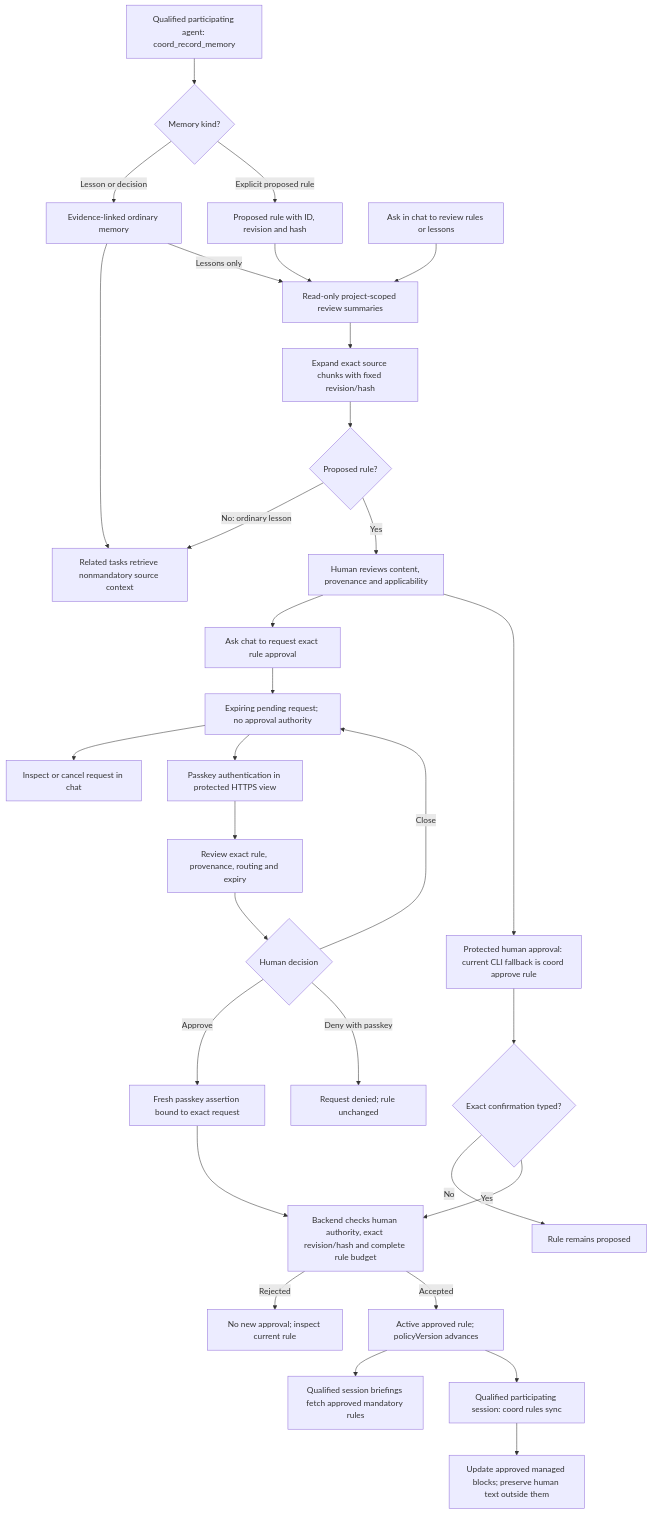
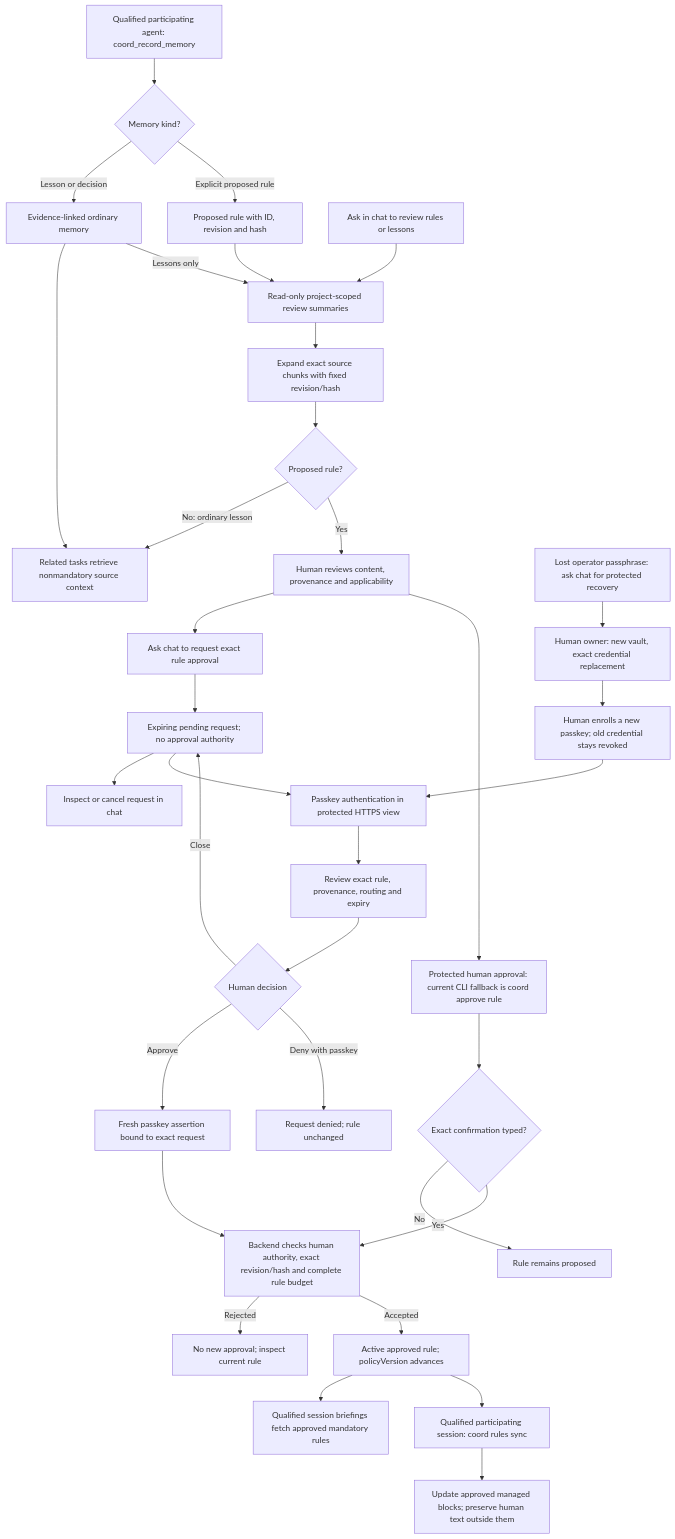
The diagram in README.md (johntimothybailey/coord), drawn with Mermaid before and after one commit. The commit also changed other lines of this file and 11 other files, not shown here.

First line of the commit message:
Restore lost operator access without resetting project authority

````diff
--- a/README.md
+++ b/README.md
@@ -39,33 +39,36 @@
 ```mermaid
 flowchart TD
     A["Qualified participating agent: coord_record_memory"] --> K{"Memory kind?"}
     K -->|Lesson or decision| L["Evidence-linked ordinary memory"]
     L --> C["Related tasks retrieve nonmandatory source context"]
     K -->|Explicit proposed rule| P["Proposed rule with ID, revision and hash"]
     Q["Ask in chat to review rules or lessons"] --> V["Read-only project-scoped review summaries"]
     P --> V
     L -->|Lessons only| V
     V --> X["Expand exact source chunks with fixed revision/hash"]
     X --> J{"Proposed rule?"}
     J -->|No: ordinary lesson| C
     J -->|Yes| H["Human reviews content, provenance and applicability"]
     H --> AR["Ask chat to request exact rule approval"]
     AR --> RQ["Expiring pending request; no approval authority"]
     RQ --> SC["Inspect or cancel request in chat"]
     RQ --> AA["Passkey authentication in protected HTTPS view"]
+    O["Lost operator passphrase: ask chat for protected recovery"] --> OO["Human owner: new vault, exact credential replacement"]
+    OO --> EN["Human enrolls a new passkey; old credential stays revoked"]
+    EN --> AA
     AA --> RV["Review exact rule, provenance, routing and expiry"]
     RV --> HD{"Human decision"}
     HD -->|Approve| PV["Fresh passkey assertion bound to exact request"]
     PV --> B
     HD -->|Deny with passkey| DN["Request denied; rule unchanged"]
     HD -->|Close| RQ
     H --> T["Protected human approval: current CLI fallback is coord approve rule"]
     T --> D{"Exact confirmation typed?"}
     D -->|No| N["Rule remains proposed"]
     D -->|Yes| B["Backend checks human authority, exact revision/hash and complete rule budget"]
     B -->|Rejected| E["No new approval; inspect current rule"]
     B -->|Accepted| R["Active approved rule; policyVersion advances"]
     R --> F["Qualified session briefings fetch approved mandatory rules"]
     R --> S["Qualified participating session: coord rules sync"]
     S --> W["Update approved managed blocks; preserve human text outside them"]
 ```
````
